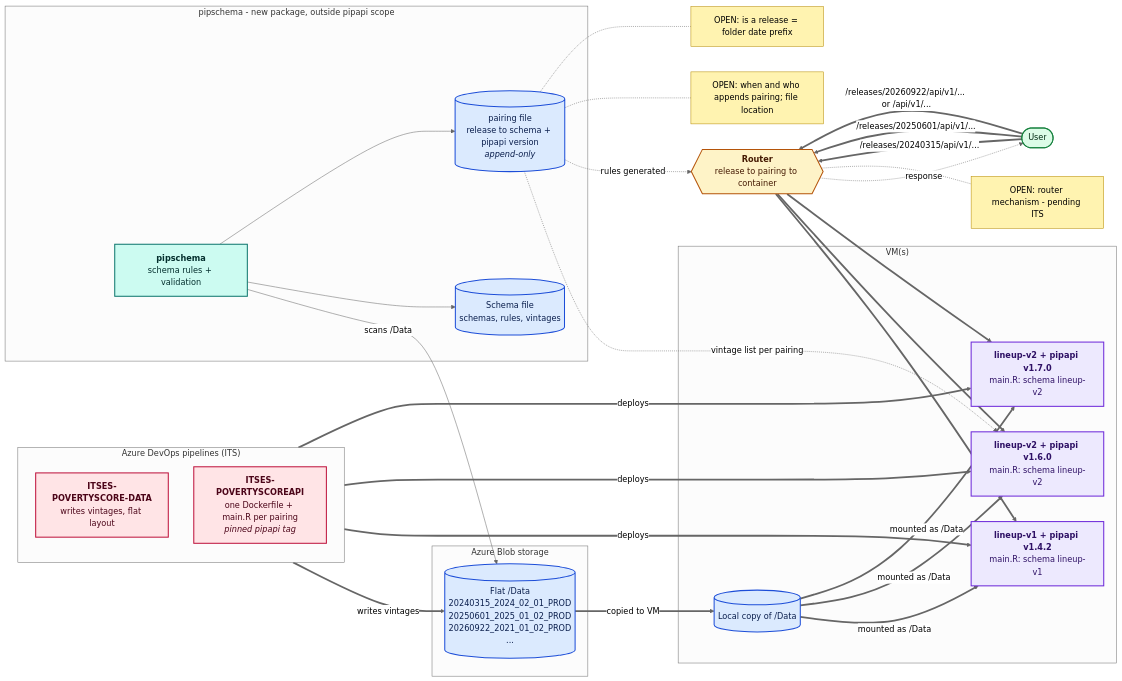
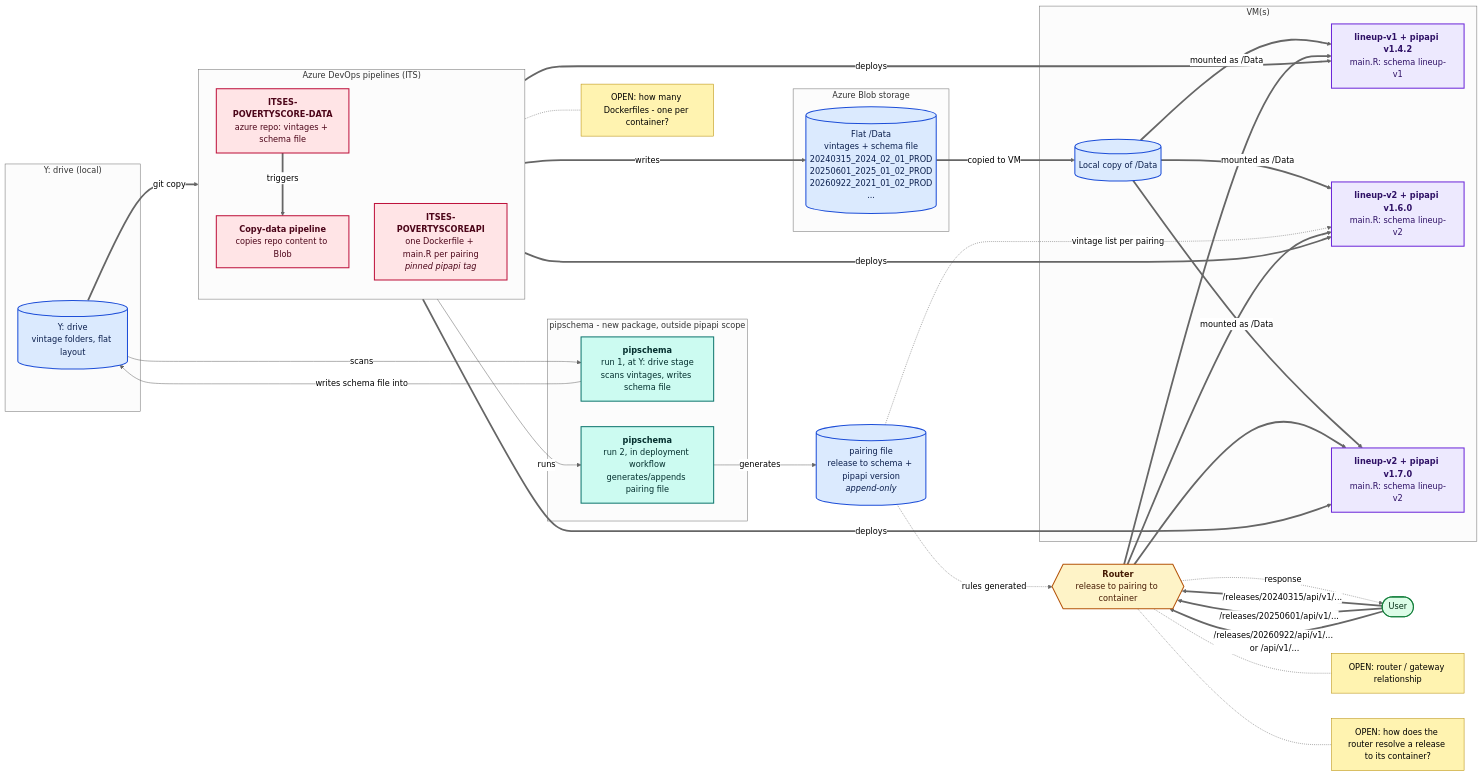
Before and after one commit to PIP-Technical-Team/pipapi: the second of 2 diagrams in .cg-docs/brainstorms/2026-10-05-pipapi-versioning-post-its-revision.md, drawn with Mermaid (neutral theme). The commit also changed other lines of this file and 2 other files, not shown here.

Commit message:
docs(plan): add Workstream B startup isolation plan and versioning notes

````diff
--- a/.cg-docs/brainstorms/2026-10-05-pipapi-versioning-post-its-revision.md
+++ b/.cg-docs/brainstorms/2026-10-05-pipapi-versioning-post-its-revision.md
@@ -233,66 +243,73 @@
 ```mermaid
 flowchart LR
+    subgraph LOCAL["Y: drive (local)"]
+        YDRIVE[("Y: drive<br/>vintage folders, flat layout")]
+    end
+    subgraph SCHEMA["pipschema - new package, outside pipapi scope"]
+        PS1["<b>pipschema</b><br/>run 1, at Y: drive stage<br/>scans vintages, writes schema file"]
+        PS2["<b>pipschema</b><br/>run 2, in deployment workflow<br/>generates/appends pairing file"]
+    end
     subgraph PIPES["Azure DevOps pipelines (ITS)"]
         direction TB
-        DP["<b>ITSES-POVERTYSCORE-DATA</b><br/>writes vintages, flat layout"]
+        DP["<b>ITSES-POVERTYSCORE-DATA</b><br/>azure repo: vintages + schema file"]
+        CPY["<b>Copy-data pipeline</b><br/>copies repo content to Blob"]
         AP["<b>ITSES-POVERTYSCOREAPI</b><br/>one Dockerfile + main.R per pairing<br/><i>pinned pipapi tag</i>"]
     end
-    subgraph SCHEMA["pipschema - new package, outside pipapi scope"]
-        PS["<b>pipschema</b><br/>schema rules + validation"]
-        SF[("Schema file<br/>schemas, rules, vintages")]
-        PF[("pairing file<br/>release to schema + pipapi version<br/><i>append-only</i>")]
-    end
     subgraph STORAGE["Azure Blob storage"]
-        DATA[("Flat /Data<br/>20240315_2024_02_01_PROD<br/>20250601_2025_01_02_PROD<br/>20260922_2021_01_02_PROD<br/>...")]
+        DATA[("Flat /Data<br/>vintages + schema file<br/>20240315_2024_02_01_PROD<br/>20250601_2025_01_02_PROD<br/>20260922_2021_01_02_PROD<br/>...")]
     end
     subgraph VM["VM(s)"]
         VMDATA[("Local copy of /Data")]
         C1["<b>lineup-v1 + pipapi v1.4.2</b><br/>main.R: schema lineup-v1"]
         C2["<b>lineup-v2 + pipapi v1.6.0</b><br/>main.R: schema lineup-v2"]
         C3["<b>lineup-v2 + pipapi v1.7.0</b><br/>main.R: schema lineup-v2"]
     end
+    PF[("pairing file<br/>release to schema + pipapi version<br/><i>append-only</i>")]
     ROUTER{{"<b>Router</b><br/>release to pairing to container"}}
     USER(["User"])
-    Q1["OPEN: router mechanism - pending ITS"]
-    Q2["OPEN: when and who appends pairing; file location"]
-    Q3["OPEN: is a release = folder date prefix"]
+    Q1["OPEN: router / gateway relationship"]
+    Q2["OPEN: how many Dockerfiles - one per container?"]
+    Q3["OPEN: how does the router resolve a release to its container?"]
 
-    DP ==>|writes vintages| DATA
-    PS -->|scans /Data| DATA
-    PS --> SF
-    PS --> PF
+    YDRIVE -->|scans| PS1
+    PS1 -->|writes schema file into| YDRIVE
+    YDRIVE ==>|git copy| DP
+    DP ==>|triggers| CPY
+    CPY ==>|writes| DATA
     DATA ==>|copied to VM| VMDATA
     VMDATA ==>|mounted as /Data| C1
     VMDATA ==>|mounted as /Data| C2
     VMDATA ==>|mounted as /Data| C3
+    AP -->|runs| PS2
+    PS2 -->|generates| PF
     PF -.->|vintage list per pairing| C2
     PF -.->|rules generated| ROUTER
     AP ==>|deploys| C1
     AP ==>|deploys| C2
     AP ==>|deploys| C3
     USER ==>|/releases/20240315/api/v1/...| ROUTER
     USER ==>|/releases/20250601/api/v1/...| ROUTER
     USER ==>|/releases/20260922/api/v1/... or /api/v1/...| ROUTER
     ROUTER ==> C1
     ROUTER ==> C2
     ROUTER ==> C3
     ROUTER -.->|response| USER
     ROUTER -.- Q1
-    PF -.- Q2
-    PF -.- Q3
+    AP -.- Q2
+    ROUTER -.- Q3
 
     classDef store fill:#dbeafe,stroke:#1d4ed8,stroke-width:2px,color:#0b1f4d
     classDef compute fill:#ede9fe,stroke:#6d28d9,stroke-width:2px,color:#2e1065
     classDef router fill:#fef3c7,stroke:#b45309,stroke-width:2px,color:#451a03
     classDef user fill:#dcfce7,stroke:#15803d,stroke-width:2px,color:#052e16
     classDef pipeline fill:#ffe4e6,stroke:#be123c,stroke-width:2px,color:#4c0519
     classDef newpkg fill:#ccfbf1,stroke:#0f766e,stroke-width:2px,color:#042f2e
     classDef question fill:#fff3b0,stroke:#b58900,color:#000
-    class DATA,VMDATA,SF,PF store
+    class DATA,VMDATA,PF,YDRIVE store
     class C1,C2,C3 compute
     class ROUTER router
     class USER user
-    class DP,AP pipeline
-    class PS newpkg
+    class DP,AP,CPY pipeline
+    class PS1,PS2 newpkg
     class Q1,Q2,Q3 question
 ```
````
